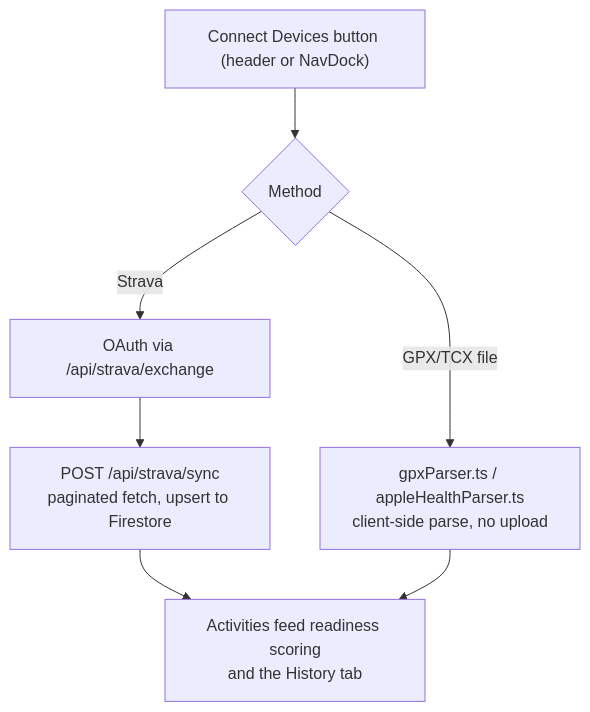
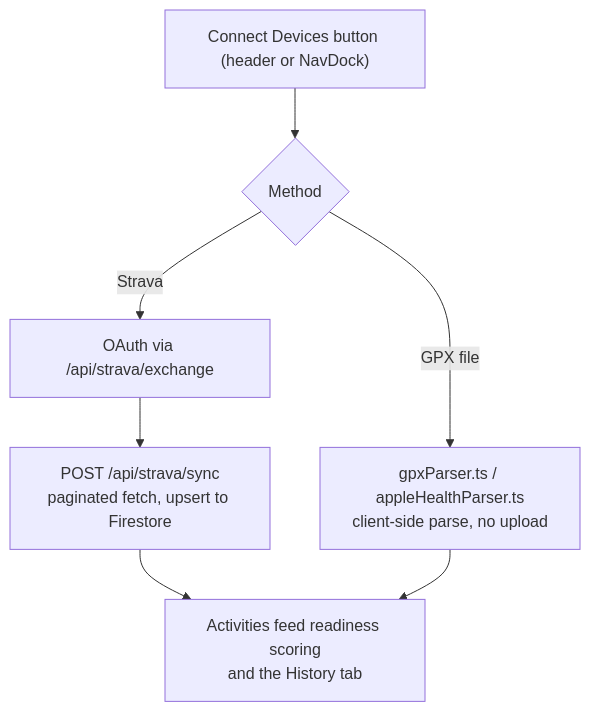
The fourth of 6 diagrams in docs/wiki/USER-FLOW.md (Oweeboi011/Fit-Ready-IQ), drawn with Mermaid before and after one commit. The commit also changed other lines of this file and 36 other files, not shown here.

````diff
--- a/docs/wiki/USER-FLOW.md
+++ b/docs/wiki/USER-FLOW.md
@@ -85,9 +85,9 @@
 ```mermaid
 flowchart TD
     A["Connect Devices button (header or NavDock)"] --> B{"Method"}
     B -->|Strava| C["OAuth via /api/strava/exchange"]
     C --> D["POST /api/strava/sync<br/>paginated fetch, upsert to Firestore"]
-    B -->|"GPX/TCX file"| E["gpxParser.ts / appleHealthParser.ts<br/>client-side parse, no upload"]
+    B -->|"GPX file"| E["gpxParser.ts / appleHealthParser.ts<br/>client-side parse, no upload"]
     D --> F["Activities feed readiness scoring<br/>and the History tab"]
     E --> F
 ```
````
